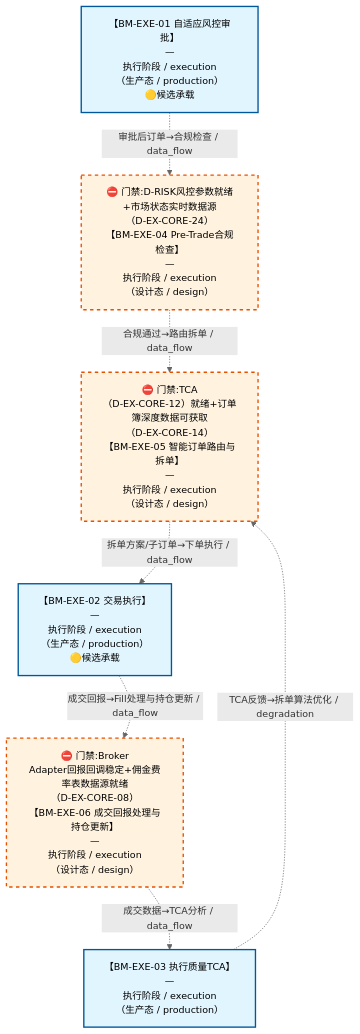
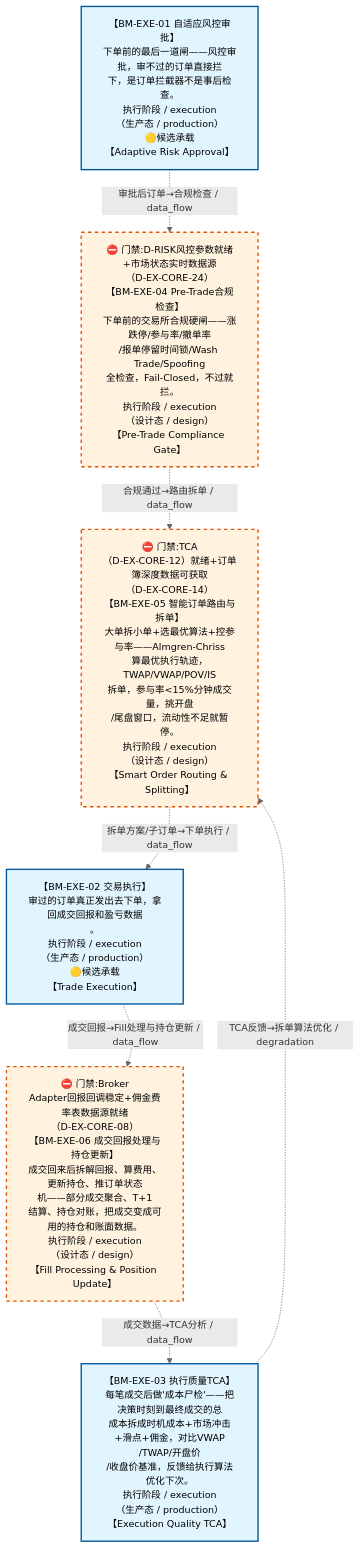
One commit to xuanFelixVan/ZephyrAlpha changed the diagram in docs/02_enterprise_architecture/07_trading_decision_architecture/battle_map/battle_map_10_execution.md. Above: the diagram before and after it, drawn with Mermaid. The commit also changed other lines of this file and 13 other files, not shown here.

````diff
--- a/docs/02_enterprise_architecture/07_trading_decision_architecture/battle_map/battle_map_10_execution.md
+++ b/docs/02_enterprise_architecture/07_trading_decision_architecture/battle_map/battle_map_10_execution.md
@@ -38,25 +38,25 @@
 ```mermaid
 %%{init: {'theme': 'base', 'themeVariables': {'primaryColor': '#eaeaea', 'primaryTextColor': '#333333', 'primaryBorderColor': '#666666', 'lineColor': '#666666', 'secondaryColor': '#eaeaea', 'tertiaryColor': '#eaeaea', 'clusterBkg': 'transparent', 'clusterBorder': 'transparent', 'fontSize': '14px'}}}%%
 %% 执行阶段图
 flowchart TD
-    BM_EXE_01["【BM-EXE-01 自适应风控审批】<br/>—<br/>执行阶段 / execution<br/>（生产态 / production）<br/>🟡候选承载"]
-    BM_EXE_04["⛔ 门禁:D-RISK风控参数就绪+市场状态实时数据源<br/>（D-EX-CORE-24）<br/>【BM-EXE-04 Pre-Trade合规检查】<br/>—<br/>执行阶段 / execution<br/>（设计态 / design）"]
-    BM_EXE_05["⛔ 门禁:TCA<br/>（D-EX-CORE-12）就绪+订单簿深度数据可获取<br/>（D-EX-CORE-14）<br/>【BM-EXE-05 智能订单路由与拆单】<br/>—<br/>执行阶段 / execution<br/>（设计态 / design）"]
-    BM_EXE_02["【BM-EXE-02 交易执行】<br/>—<br/>执行阶段 / execution<br/>（生产态 / production）<br/>🟡候选承载"]
-    BM_EXE_06["⛔ 门禁:Broker<br/>Adapter回报回调稳定+佣金费率表数据源就绪<br/>（D-EX-CORE-08）<br/>【BM-EXE-06 成交回报处理与持仓更新】<br/>—<br/>执行阶段 / execution<br/>（设计态 / design）"]
-    BM_EXE_03["【BM-EXE-03 执行质量TCA】<br/>—<br/>执行阶段 / execution<br/>（生产态 / production）"]
+    BM_EXE_01["【BM-EXE-01 自适应风控审批】<br/>下单前的最后一道闸——风控审批，审不过的订单直接拦<br/>下，是订单拦截器不是事后检查。<br/>执行阶段 / execution<br/>（生产态 / production）<br/>🟡候选承载<br/>【Adaptive Risk Approval】"]
+    BM_EXE_04["⛔ 门禁:D-RISK风控参数就绪+市场状态实时数据源<br/>（D-EX-CORE-24）<br/>【BM-EXE-04 Pre-Trade合规检查】<br/>下单前的交易所合规硬闸——涨跌停/参与率/撤单率<br/>/报单停留时间锁/Wash Trade/Spoofing<br/>全检查，Fail-Closed，不过就拦。<br/>执行阶段 / execution<br/>（设计态 / design）<br/>【Pre-Trade Compliance Gate】"]
+    BM_EXE_05["⛔ 门禁:TCA<br/>（D-EX-CORE-12）就绪+订单簿深度数据可获取<br/>（D-EX-CORE-14）<br/>【BM-EXE-05 智能订单路由与拆单】<br/>大单拆小单+选最优算法+控参与率——Almgren-Chriss<br/>算最优执行轨迹，TWAP/VWAP/POV/IS<br/>拆单，参与率&lt;15%分钟成交量，挑开盘<br/>/尾盘窗口，流动性不足就暂停。<br/>执行阶段 / execution<br/>（设计态 / design）<br/>【Smart Order Routing &amp; Splitting】"]
+    BM_EXE_02["【BM-EXE-02 交易执行】<br/>审过的订单真正发出去下单，拿回成交回报和盈亏数据<br/>。<br/>执行阶段 / execution<br/>（生产态 / production）<br/>🟡候选承载<br/>【Trade Execution】"]
+    BM_EXE_06["⛔ 门禁:Broker<br/>Adapter回报回调稳定+佣金费率表数据源就绪<br/>（D-EX-CORE-08）<br/>【BM-EXE-06 成交回报处理与持仓更新】<br/>成交回来后拆解回报、算费用、更新持仓、推订单状态<br/>机——部分成交聚合、T+1<br/>结算、持仓对账，把成交变成可用的持仓和账面数据。<br/>执行阶段 / execution<br/>（设计态 / design）<br/>【Fill Processing &amp; Position Update】"]
+    BM_EXE_03["【BM-EXE-03 执行质量TCA】<br/>每笔成交后做'成本尸检'——把决策时刻到最终成交的总<br/>成本拆成时机成本+市场冲击+滑点+佣金，对比VWAP<br/>/TWAP/开盘价<br/>/收盘价基准，反馈给执行算法优化下次。<br/>执行阶段 / execution<br/>（生产态 / production）<br/>【Execution Quality TCA】"]
     BM_EXE_05 ~~~ BM_EXE_02 ~~~ BM_EXE_06 ~~~ BM_EXE_03
     BM_EXE_01 -.->|审批后订单→合规检查 / data_flow| BM_EXE_04
     BM_EXE_04 -.->|合规通过→路由拆单 / data_flow| BM_EXE_05
     BM_EXE_05 -.->|拆单方案/子订单→下单执行 / data_flow| BM_EXE_02
     BM_EXE_02 -.->|成交回报→Fill处理与持仓更新 / data_flow| BM_EXE_06
     BM_EXE_06 -.->|成交数据→TCA分析 / data_flow| BM_EXE_03
     BM_EXE_03 -.->|TCA反馈→拆单算法优化 / degradation| BM_EXE_05
 classDef production fill:#e1f5fe,stroke:#01579b,stroke-width:2px,color:#000
 classDef design fill:#fff3e0,stroke:#e65100,stroke-width:2px,color:#000,stroke-dasharray: 5 5
 classDef deprecated fill:#ffebee,stroke:#c62828,stroke-width:2px,color:#000
 classDef missing fill:#eeeeee,stroke:#9e9e9e,stroke-width:2px,color:#000
 classDef candidate fill:#fffde7,stroke:#f9a825,stroke-width:2px,color:#000,stroke-dasharray: 5 5
     class BM_EXE_01,BM_EXE_02,BM_EXE_03 production
     class BM_EXE_04,BM_EXE_05,BM_EXE_06 design
 ```
````
